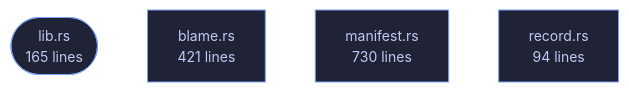
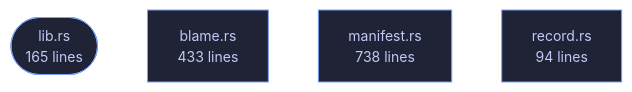
One commit to tilas01/veilvoice changed the diagram in crates/veilvoice-guard/README.md. Above: the diagram before and after it, drawn with Mermaid. The commit also changed other lines of this file and 130 other files, not shown here.

````diff
--- a/crates/veilvoice-guard/README.md
+++ b/crates/veilvoice-guard/README.md
@@ -107,12 +107,12 @@
 ```mermaid
 %%{init: {"theme":"base","themeVariables":{"background":"#1a1b26","primaryColor":"#1f2335","primaryTextColor":"#c0caf5","primaryBorderColor":"#7aa2f7","secondaryColor":"#16161e","tertiaryColor":"#16161e","lineColor":"#737aa2","textColor":"#c0caf5","mainBkg":"#1f2335","nodeBorder":"#7aa2f7","clusterBkg":"#16161e","clusterBorder":"#2f3549","fontFamily":"ui-monospace, SFMono-Regular, Consolas, monospace","fontSize":"14px"}}}%%
 flowchart TD
     n_lib(["lib.rs<br/>165 lines"])
-    n_blame["blame.rs<br/>421 lines"]
-    n_manifest["manifest.rs<br/>730 lines"]
+    n_blame["blame.rs<br/>433 lines"]
+    n_manifest["manifest.rs<br/>738 lines"]
     n_record["record.rs<br/>94 lines"]
     click n_lib href "https://github.com/tilas01/veilvoice/blob/main/crates/veilvoice-guard/src/lib.rs" "open the source"
     click n_blame href "https://github.com/tilas01/veilvoice/blob/main/crates/veilvoice-guard/src/blame.rs" "open the source"
     click n_manifest href "https://github.com/tilas01/veilvoice/blob/main/crates/veilvoice-guard/src/manifest.rs" "open the source"
     click n_record href "https://github.com/tilas01/veilvoice/blob/main/crates/veilvoice-guard/src/record.rs" "open the source"
 ```
````
